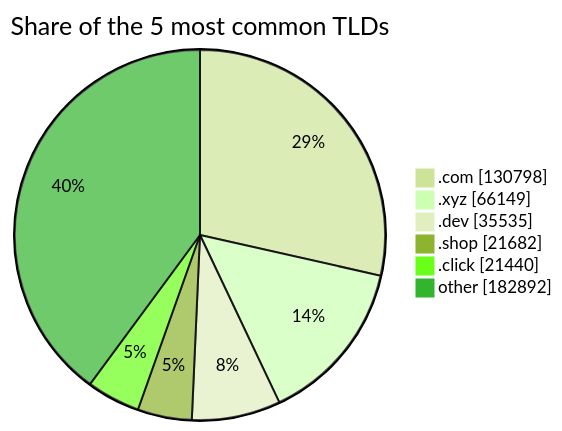
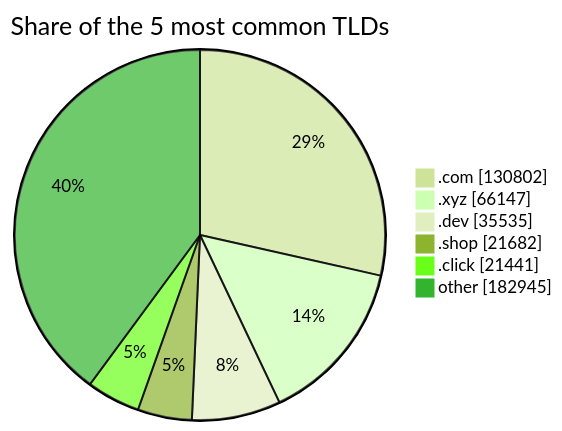
One commit to DNSBunker/CTI changed the third of 3 diagrams in README.md. Above: the diagram before and after it, drawn with Mermaid (forest theme). The commit also changed other lines of this file and 3 other files, not shown here.

````diff
--- a/README.md
+++ b/README.md
@@ -81,9 +81,9 @@
 ```mermaid
 pie showData title Share of the 5 most common TLDs
-    ".com" : 130798
-    ".xyz" : 66149
+    ".com" : 130802
+    ".xyz" : 66147
     ".dev" : 35535
     ".shop" : 21682
-    ".click" : 21440
-    "other" : 182892
+    ".click" : 21441
+    "other" : 182945
 ```
````
